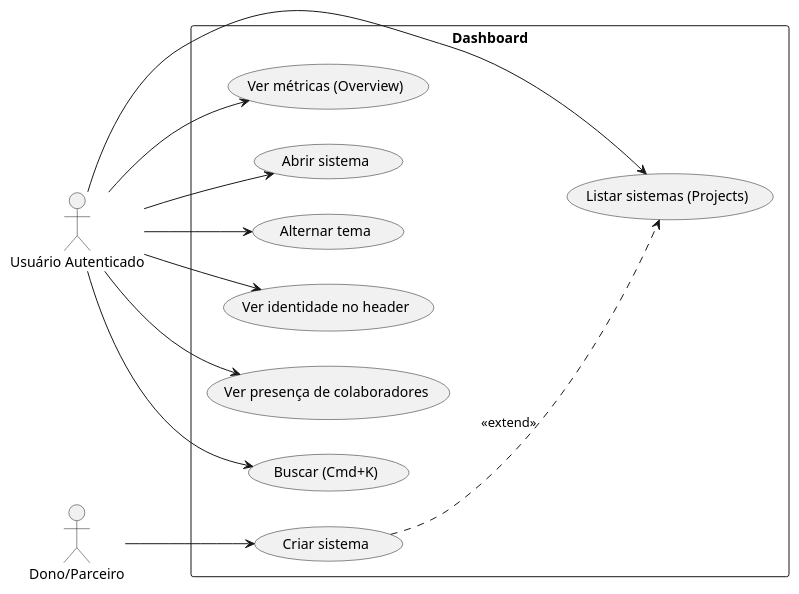
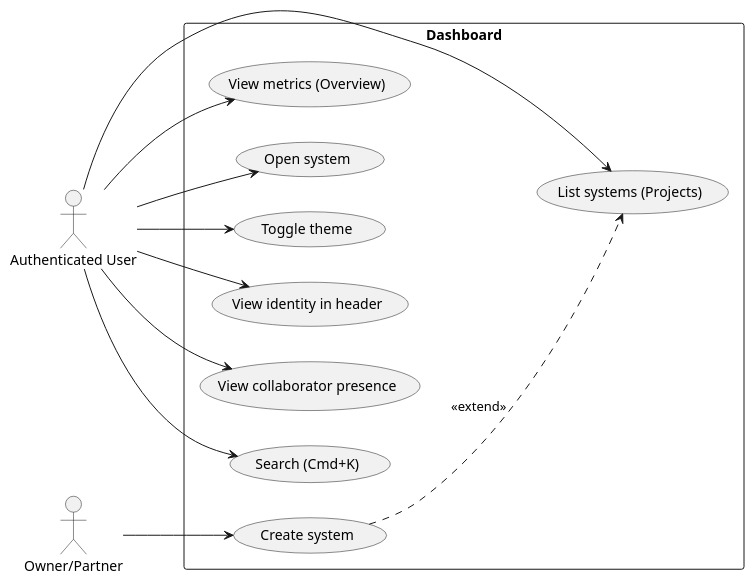
The first of 3 diagrams in specs/003-dashboard-integracao-dados/spec.md (GiovaniRodrigo/arquitetura-mach-saas-nocode), drawn with PlantUML before and after one commit. The commit also changed other lines of this file and 86 other files, not shown here.

````diff
--- a/specs/003-dashboard-integracao-dados/spec.md
+++ b/specs/003-dashboard-integracao-dados/spec.md
@@ -157,28 +157,28 @@
 ```plantuml
 @startuml
 left to right direction
-actor "Usuário Autenticado" as U
-actor "Dono/Parceiro" as D
+actor "Authenticated User" as U
+actor "Owner/Partner" as D
 
 rectangle "Dashboard" {
-  usecase "Ver métricas (Overview)" as UC1
-  usecase "Listar sistemas (Projects)" as UC2
-  usecase "Abrir sistema" as UC3
-  usecase "Criar sistema" as UC4
-  usecase "Alternar tema" as UC5
-  usecase "Ver identidade no header" as UC6
-  usecase "Ver presença de colaboradores" as UC7
-  usecase "Buscar (Cmd+K)" as UC8
+  usecase "View metrics (Overview)" as UC1
+  usecase "List systems (Projects)" as UC2
+  usecase "Open system" as UC3
+  usecase "Create system" as UC4
+  usecase "Toggle theme" as UC5
+  usecase "View identity in header" as UC6
+  usecase "View collaborator presence" as UC7
+  usecase "Search (Cmd+K)" as UC8
 }
 
 U --> UC1
 U --> UC2
 U --> UC3
 U --> UC5
 U --> UC6
 U --> UC7
 U --> UC8
 D --> UC4
 UC4 ..> UC2 : <<extend>>
 @enduml
 ```
````
